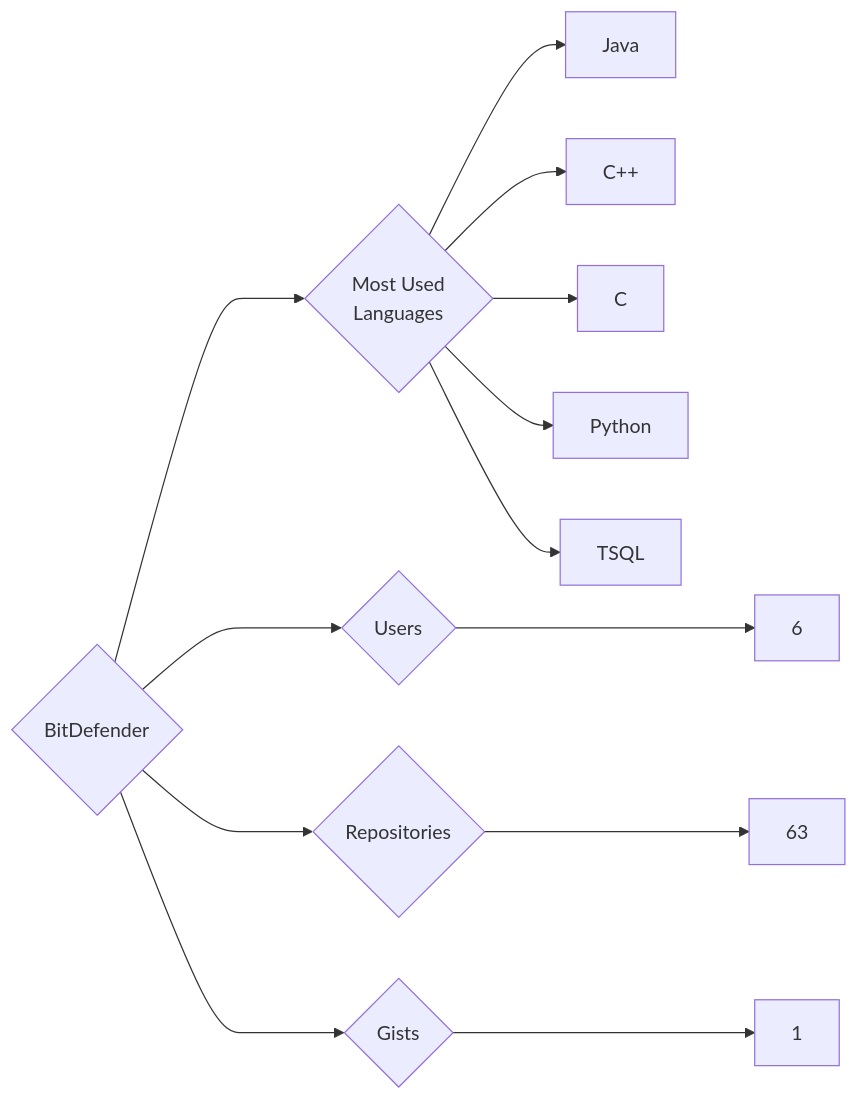
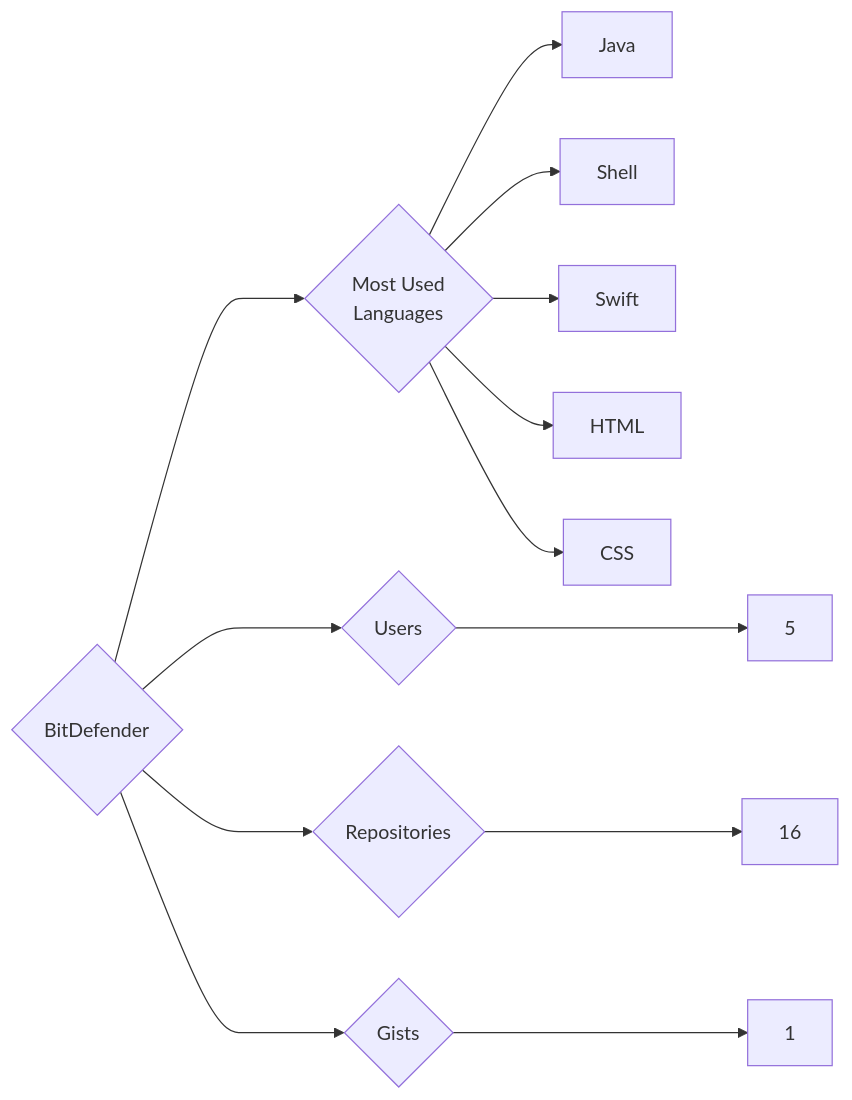
Before and after one commit to trickest/insiders: the diagram in targets/BitDefender/README.md, drawn with Mermaid. The commit also changed 1238 other files, not shown here.

````diff
--- a/targets/BitDefender/README.md
+++ b/targets/BitDefender/README.md
@@ -3,13 +3,13 @@
 ```mermaid
 graph LR
 COMPANY_NAME{BitDefender}
-COMPANY_NAME ---> U{Users} ---> UN[6]
-COMPANY_NAME ---> R{Repositories} ---> RN[63]
+COMPANY_NAME ---> U{Users} ---> UN[5]
+COMPANY_NAME ---> R{Repositories} ---> RN[16]
 COMPANY_NAME ---> G{Gists} ---> GN[1]
 COMPANY_NAME ---> ML{Most Used<br>Languages}
 ML --> Java[Java]
-ML --> C++[C++]
-ML --> C[C]
-ML --> Python[Python]
-ML --> TSQL[TSQL]
+ML --> Shell[Shell]
+ML --> Swift[Swift]
+ML --> HTML[HTML]
+ML --> CSS[CSS]
 ```
````
